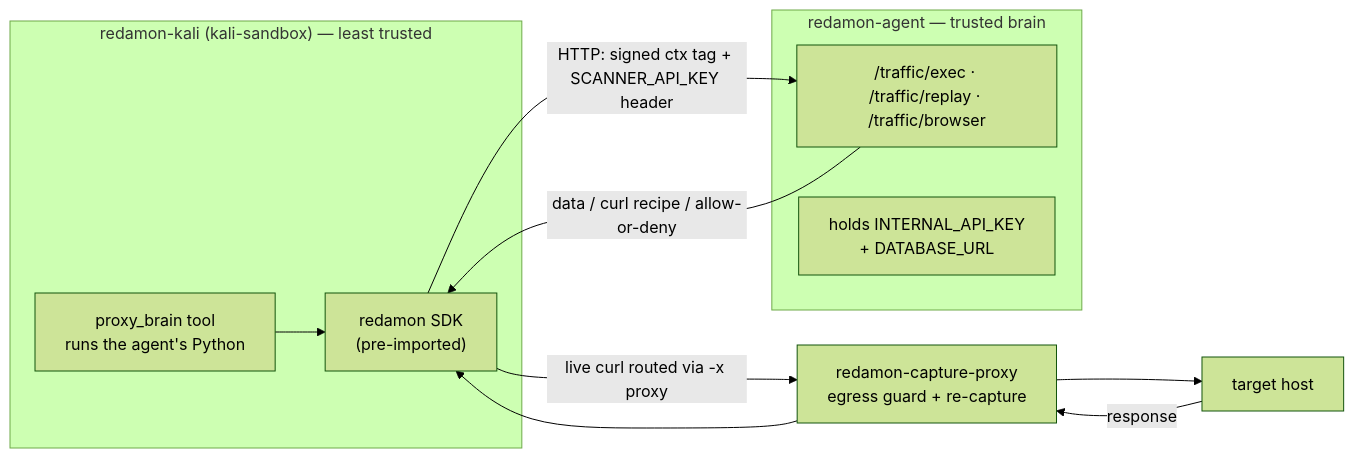
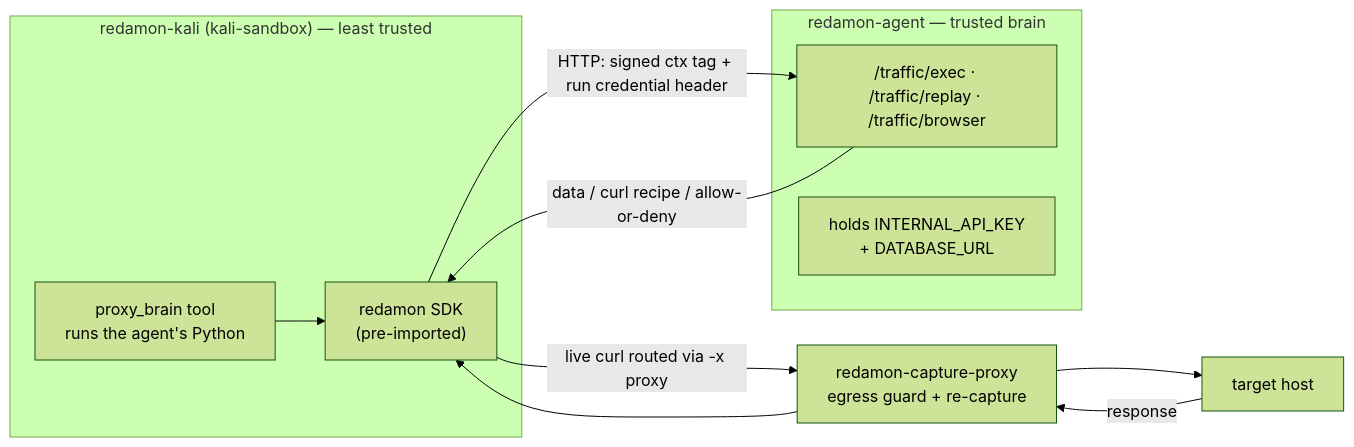
One commit to samugit83/redamon changed the eighth of 14 diagrams in docs/readmes/README.TRAFFIC.md. Above: the diagram before and after it, drawn with Mermaid (forest theme). The commit also changed other lines of this file and 18 other files, not shown here.

````diff
--- a/docs/readmes/README.TRAFFIC.md
+++ b/docs/readmes/README.TRAFFIC.md
@@ -880,16 +880,16 @@
 ```mermaid
 flowchart LR
     subgraph kali["redamon-kali (kali-sandbox) — least trusted"]
       PB["proxy_brain tool<br/>runs the agent's Python"] --> RS["redamon SDK<br/>(pre-imported)"]
     end
     subgraph agentc["redamon-agent — trusted brain"]
       EP["/traffic/exec · /traffic/replay · /traffic/browser"]
       SEC["holds INTERNAL_API_KEY<br/>+ DATABASE_URL"]
     end
     CP["redamon-capture-proxy<br/>egress guard + re-capture"]
     TGT["target host"]
-    RS -->|"HTTP: signed ctx tag + SCANNER_API_KEY header"| EP
+    RS -->|"HTTP: signed ctx tag + run credential header"| EP
     EP -->|"data / curl recipe / allow-or-deny"| RS
     RS -->|"live curl routed via -x proxy"| CP --> TGT
     TGT -->|response| CP --> RS
 ```
````
